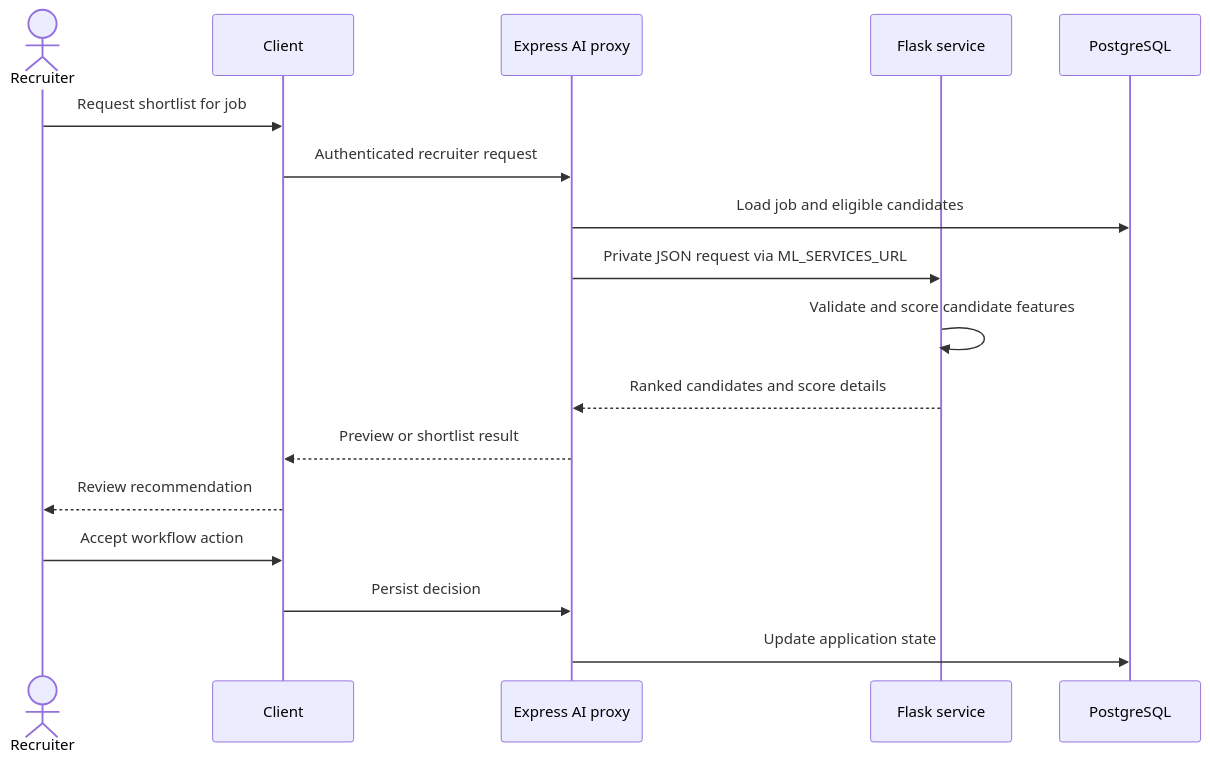
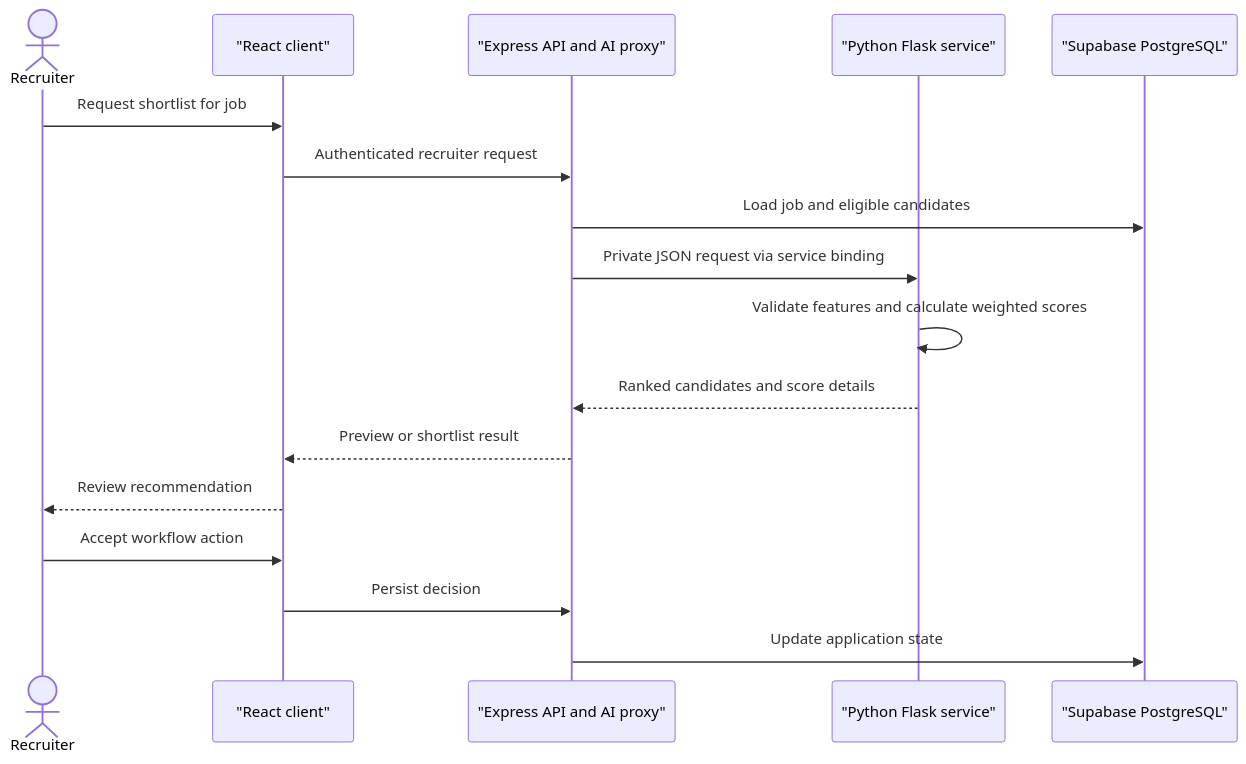
Before and after one commit to itxSaaad/opta-hire-ai-recruitment-fyp-app-pern: the second of 2 diagrams in docs/architecture/data-flows.md, drawn with Mermaid. The commit also changed other lines of this file and 14 other files, not shown here.

Commit message:
docs: clarify architecture matching and deployment operations

````diff
--- a/docs/architecture/data-flows.md
+++ b/docs/architecture/data-flows.md
@@ -23,19 +23,19 @@
 ```mermaid
 sequenceDiagram
-  actor R as Recruiter
-  participant UI as Client
-  participant API as Express AI proxy
-  participant ML as Flask service
-  participant DB as PostgreSQL
-  R->>UI: Request shortlist for job
-  UI->>API: Authenticated recruiter request
-  API->>DB: Load job and eligible candidates
-  API->>ML: Private JSON request via ML_SERVICES_URL
-  ML->>ML: Validate and score candidate features
-  ML-->>API: Ranked candidates and score details
-  API-->>UI: Preview or shortlist result
-  UI-->>R: Review recommendation
-  R->>UI: Accept workflow action
-  UI->>API: Persist decision
-  API->>DB: Update application state
+  actor Recruiter
+  participant Browser as "React client"
+  participant Express as "Express API and AI proxy"
+  participant Flask as "Python Flask service"
+  participant Postgres as "Supabase PostgreSQL"
+  Recruiter->>Browser: Request shortlist for job
+  Browser->>Express: Authenticated recruiter request
+  Express->>Postgres: Load job and eligible candidates
+  Express->>Flask: Private JSON request via service binding
+  Flask->>Flask: Validate features and calculate weighted scores
+  Flask-->>Express: Ranked candidates and score details
+  Express-->>Browser: Preview or shortlist result
+  Browser-->>Recruiter: Review recommendation
+  Recruiter->>Browser: Accept workflow action
+  Browser->>Express: Persist decision
+  Express->>Postgres: Update application state
 ```
````
